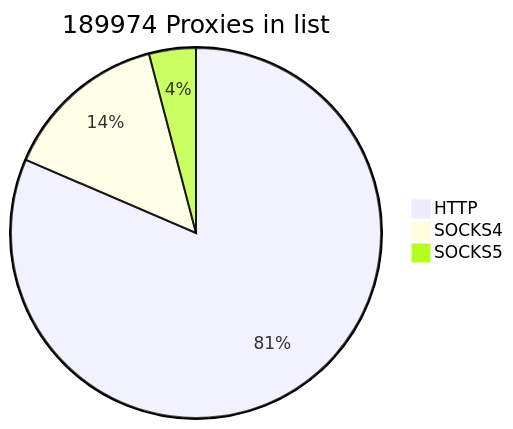
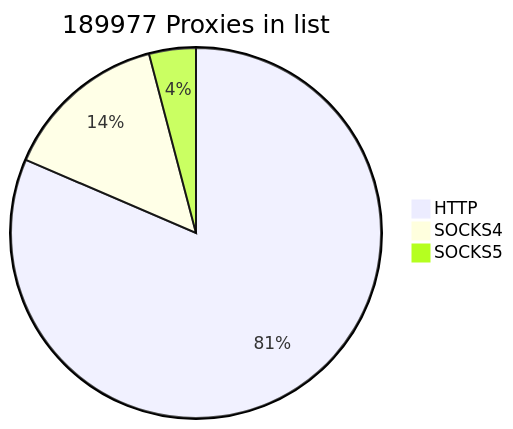
Before and after one commit to cutipu/proxylist: the first of 2 diagrams in README.md, drawn with Mermaid. The commit also changed other lines of this file, not shown here.

````diff
--- a/README.md
+++ b/README.md
@@ -2,7 +2,7 @@
 ```mermaid
-pie title 189974 Proxies in list
-    "HTTP" : 154757
-    "SOCKS4" : 27457
-    "SOCKS5" : 7760
+pie title 189977 Proxies in list
+    "HTTP" : 154758
+    "SOCKS4" : 27456
+    "SOCKS5" : 7763
             
 ```
````
